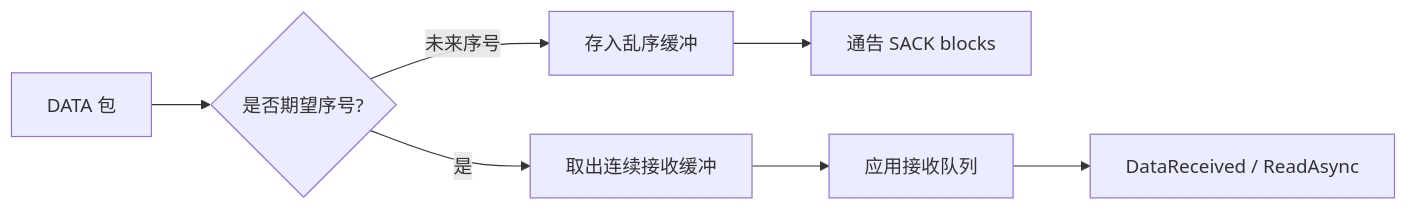
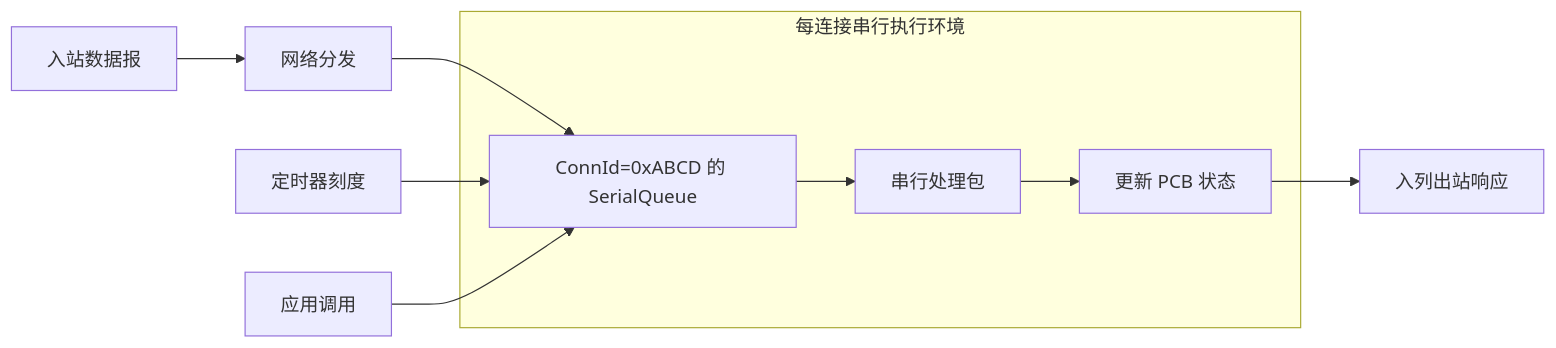
Before and after one commit to liulilittle/ucp: the second of 7 diagrams in docs/architecture_CN.md, drawn with Mermaid. The commit also changed other lines of this file and 17 other files, not shown here.

````diff
--- a/docs/architecture_CN.md
+++ b/docs/architecture_CN.md
@@ -49,9 +91,16 @@
 ```mermaid
 flowchart LR
-    Packet[DATA 包] --> Check{是否期望序号?}
-    Check -->|是| Drain[取出连续接收缓冲]
-    Check -->|未来序号| Buffer[存入乱序缓冲]
-    Buffer --> Sack[通告 SACK blocks]
-    Drain --> Queue[应用接收队列]
-    Queue --> Event[DataReceived / ReadAsync]
+    Inbound[入站数据报] --> Dispatch[网络分发]
+    Dispatch --> SQ[ConnId=0xABCD 的 SerialQueue]
+    SQ --> Process[串行处理包]
+    Process --> State[更新 PCB 状态]
+    State --> Outbound[入列出站响应]
+    Timer[定时器刻度] --> SQ
+    AppCall[应用调用] --> SQ
+
+    subgraph Strand[每连接串行执行环境]
+        SQ
+        Process
+        State
+    end
 ```
````
